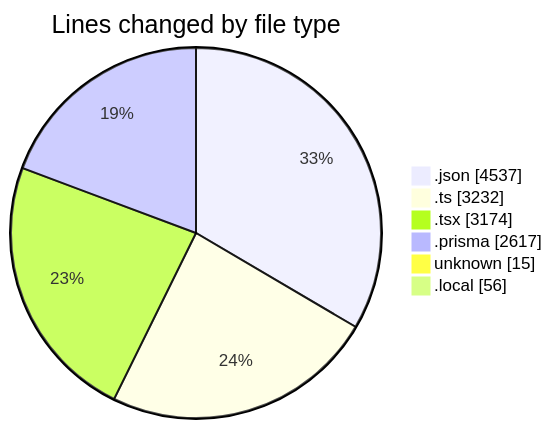
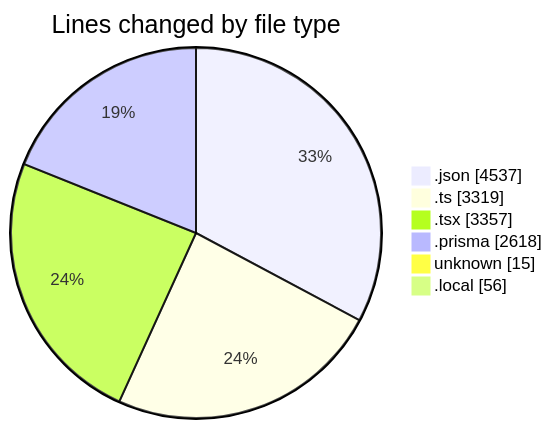
Before and after one commit to CELIANVF/code-tracking: the first of 2 diagrams in 2025-05-15/ecodeli-1/README.md, drawn with Mermaid. The commit also changed other lines of this file and 1 other file, not shown here.

````diff
--- a/2025-05-15/ecodeli-1/README.md
+++ b/2025-05-15/ecodeli-1/README.md
@@ -44,10 +45,10 @@
 ```mermaid
 pie showData
 title Lines changed by file type
 ".json" : 4537
-".ts" : 3232
-".tsx" : 3174
-".prisma" : 2617
+".ts" : 3319
+".tsx" : 3357
+".prisma" : 2618
 "unknown" : 15
 ".local" : 56
 ```
````
